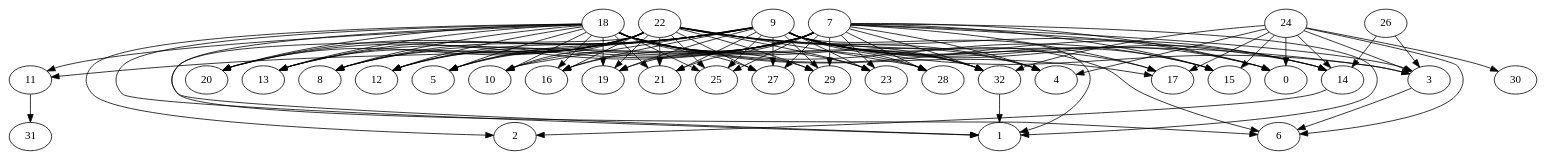
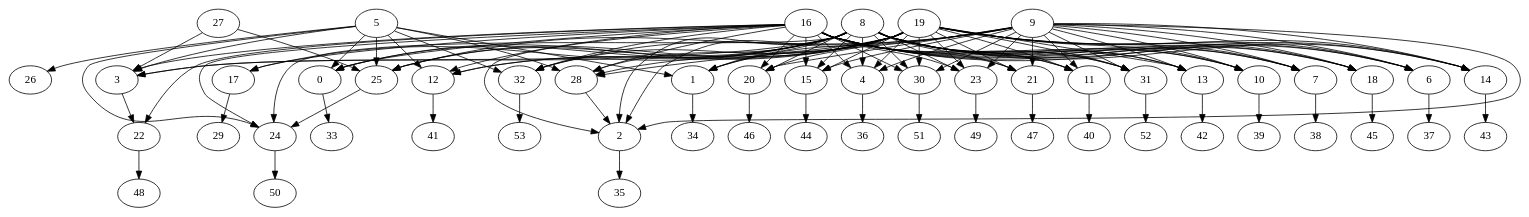
The diagram in benchmarks/fpga/eval/EPFL/ctrl_k6.dot (jeronimopenha/PeR), drawn with Graphviz before and after one commit. The commit also changed 529 other files, not shown here.

```diff
--- a/benchmarks/fpga/eval/EPFL/ctrl_k6.dot
+++ b/benchmarks/fpga/eval/EPFL/ctrl_k6.dot
@@ -1,104 +1,125 @@
 digraph G {
-    22 -> 20;
-    18 -> 20;
-    7 -> 20;
+    9 -> 18;
+    16 -> 18;
+    19 -> 18;
+    8 -> 18;
+    16 -> 10;
+    9 -> 10;
+    19 -> 10;
+    8 -> 10;
+    16 -> 7;
+    9 -> 7;
+    19 -> 7;
+    8 -> 7;
+    9 -> 6;
+    16 -> 6;
+    19 -> 6;
+    8 -> 6;
+    5 -> 24;
+    8 -> 24;
+    25 -> 24;
+    16 -> 24;
+    5 -> 25;
+    27 -> 25;
+    8 -> 25;
+    19 -> 25;
+    9 -> 25;
+    8 -> 14;
+    16 -> 14;
+    19 -> 14;
+    9 -> 14;
     9 -> 20;
-    18 -> 13;
-    22 -> 13;
-    7 -> 13;
+    16 -> 20;
+    19 -> 20;
+    8 -> 20;
+    9 -> 15;
+    16 -> 15;
+    19 -> 15;
+    8 -> 15;
+    19 -> 4;
+    16 -> 4;
+    8 -> 4;
+    9 -> 4;
+    16 -> 30;
+    19 -> 30;
+    9 -> 30;
+    8 -> 30;
+    8 -> 23;
+    16 -> 23;
+    9 -> 23;
+    19 -> 23;
+    9 -> 21;
+    16 -> 21;
+    19 -> 21;
+    8 -> 21;
+    9 -> 11;
+    8 -> 11;
+    16 -> 11;
+    19 -> 11;
+    5 -> 26;
+    8 -> 17;
+    16 -> 17;
+    17 -> 29;
+    9 -> 31;
+    8 -> 31;
+    19 -> 31;
+    16 -> 31;
+    8 -> 12;
+    16 -> 12;
+    19 -> 12;
+    5 -> 12;
+    9 -> 32;
+    16 -> 32;
+    19 -> 32;
+    5 -> 32;
+    8 -> 13;
+    16 -> 13;
+    19 -> 13;
     9 -> 13;
-    18 -> 8;
-    22 -> 8;
-    7 -> 8;
-    9 -> 8;
-    22 -> 12;
-    18 -> 12;
-    7 -> 12;
-    9 -> 12;
-    24 -> 6;
-    9 -> 6;
-    3 -> 6;
-    18 -> 6;
-    24 -> 3;
-    26 -> 3;
-    9 -> 3;
-    7 -> 3;
-    22 -> 3;
-    9 -> 5;
-    18 -> 5;
-    7 -> 5;
-    22 -> 5;
-    22 -> 10;
-    18 -> 10;
-    7 -> 10;
-    9 -> 10;
-    22 -> 16;
-    18 -> 16;
-    7 -> 16;
-    9 -> 16;
-    7 -> 19;
-    18 -> 19;
-    9 -> 19;
-    22 -> 19;
-    18 -> 21;
-    7 -> 21;
-    22 -> 21;
-    9 -> 21;
-    9 -> 25;
-    18 -> 25;
-    22 -> 25;
-    7 -> 25;
-    22 -> 27;
-    18 -> 27;
-    7 -> 27;
-    9 -> 27;
-    22 -> 29;
-    9 -> 29;
-    18 -> 29;
-    7 -> 29;
-    24 -> 30;
-    9 -> 11;
-    18 -> 11;
-    11 -> 31;
-    22 -> 23;
-    9 -> 23;
-    7 -> 23;
-    18 -> 23;
-    9 -> 15;
-    18 -> 15;
-    7 -> 15;
-    24 -> 15;
-    22 -> 4;
-    18 -> 4;
-    7 -> 4;
-    24 -> 4;
     9 -> 28;
-    18 -> 28;
-    7 -> 28;
-    22 -> 28;
-    22 -> 32;
-    9 -> 32;
-    24 -> 32;
-    18 -> 32;
-    7 -> 32;
-    14 -> 2;
-    18 -> 2;
-    26 -> 14;
-    9 -> 14;
-    18 -> 14;
-    24 -> 14;
-    7 -> 14;
+    8 -> 28;
+    5 -> 28;
+    16 -> 28;
+    19 -> 28;
+    3 -> 22;
+    16 -> 22;
+    27 -> 3;
+    8 -> 3;
+    16 -> 3;
+    5 -> 3;
+    19 -> 3;
+    8 -> 2;
+    16 -> 2;
+    19 -> 2;
+    9 -> 2;
+    28 -> 2;
+    19 -> 1;
+    5 -> 1;
     9 -> 1;
-    18 -> 1;
-    7 -> 1;
-    22 -> 1;
-    32 -> 1;
-    7 -> 0;
-    24 -> 0;
-    22 -> 0;
-    9 -> 0;
-    18 -> 17;
-    7 -> 17;
-    24 -> 17;
-    9 -> 17;
+    8 -> 1;
+    16 -> 0;
+    19 -> 0;
+    5 -> 0;
+    8 -> 0;
+    0 -> 33;
+    1 -> 34;
+    2 -> 35;
+    4 -> 36;
+    6 -> 37;
+    7 -> 38;
+    10 -> 39;
+    11 -> 40;
+    12 -> 41;
+    13 -> 42;
+    14 -> 43;
+    15 -> 44;
+    18 -> 45;
+    20 -> 46;
+    21 -> 47;
+    22 -> 48;
+    23 -> 49;
+    24 -> 50;
+    30 -> 51;
+    31 -> 52;
+    32 -> 53;
 }
```
